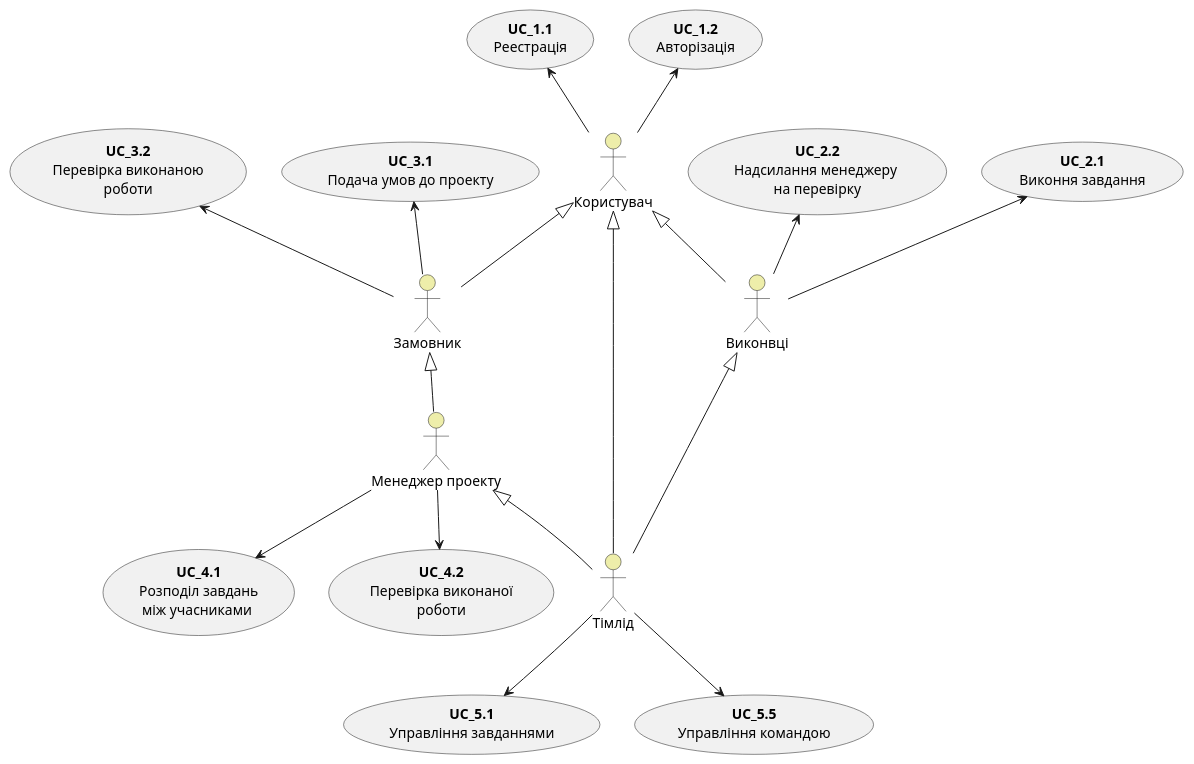
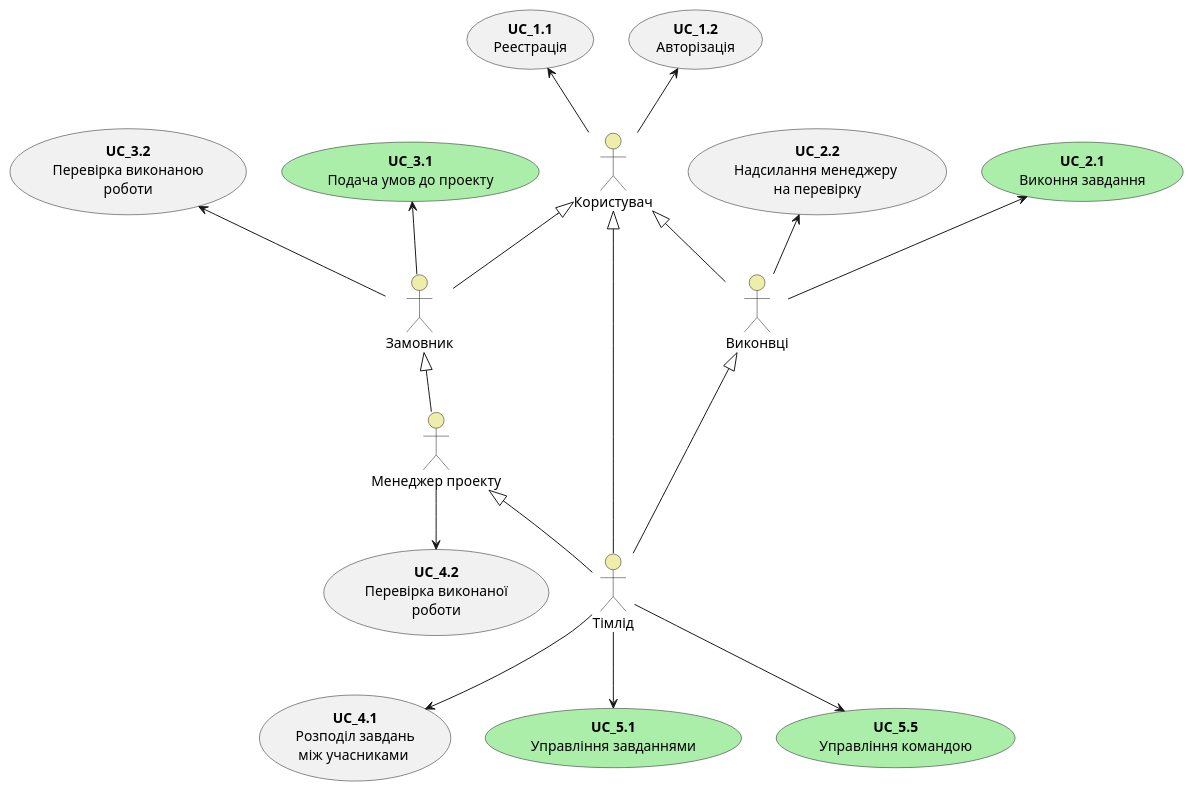
One commit to boldak/edu-db-cw changed the first of 10 diagrams in docs/use cases/README.md. Above: the diagram before and after it, drawn with PlantUML. The commit also changed other lines of this file, not shown here.

Commit message:
add diagrams, scenario usecase

```diff
--- a/docs/use cases/README.md
+++ b/docs/use cases/README.md
@@ -12,46 +12,47 @@
 @startuml
 
     actor "Користувач" as User #eeeeaa
     actor "Виконвці" as Workers #eeeeaa
     actor "Замовник" as Сustomer #eeeeaa
     actor "Менеджер проекту" as Manager #eeeeaa
     actor "Тімлід" as Teamlead #eeeeaa
     
     usecase "<b>UC_1.2</b>\nАвторізація" as UC_1.1
     usecase "<b>UC_1.1</b>\nРеестрація" as UC_1.2  
 
-    usecase "<b>UC_2.1</b>\nВиконня завдання" as UC_2.1  
+    usecase "<b>UC_2.1</b>\nВиконня завдання" as UC_2.1 #aaeeaa
     usecase "<b>UC_2.2</b>\nНадсилання менеджеру \nна перевірку" as UC_2.2 
 
-    usecase "<b>UC_3.1</b>\nПодача умов до проекту" as UC_3.1  
+    usecase "<b>UC_3.1</b>\nПодача умов до проекту" as UC_3.1 #aaeeaa
     usecase "<b>UC_3.2</b>\nПеревірка виконаною\nроботи" as UC_3.2 
 
     usecase "<b>UC_4.1</b>\nРозподіл завдань\nміж учасниками " as UC_4.1  
     usecase "<b>UC_4.2</b>\nПеревірка виконаної\nроботи" as UC_4.2
 
-    usecase "<b>UC_5.1</b>\nУправління завданнями" as UC_5.1
-    usecase "<b>UC_5.5</b>\nУправління командою" as UC_5.2
+    usecase "<b>UC_5.1</b>\nУправління завданнями" as UC_5.1 #aaeeaa
+    usecase "<b>UC_5.5</b>\nУправління командою" as UC_5.2 #aaeeaa
+
     
     User -u-> UC_1.1
     User -u-> UC_1.2
     
     Workers -u-> UC_2.1
     Workers -u-> UC_2.2
 
     Сustomer -u-> UC_3.1
     Сustomer -u-> UC_3.2
 
-    Manager -d-> UC_4.1
     Manager -d-> UC_4.2
    
+    Teamlead -d-> UC_4.1
     Teamlead -d-> UC_5.1
     Teamlead -d-> UC_5.2
     
     Workers -u-|> User
     Сustomer -u-|> User
     Manager -u-|> Сustomer
     Teamlead -u-|> User
     Teamlead -u-|> Workers
     Teamlead -u-|> Manager
 
 @enduml
```
